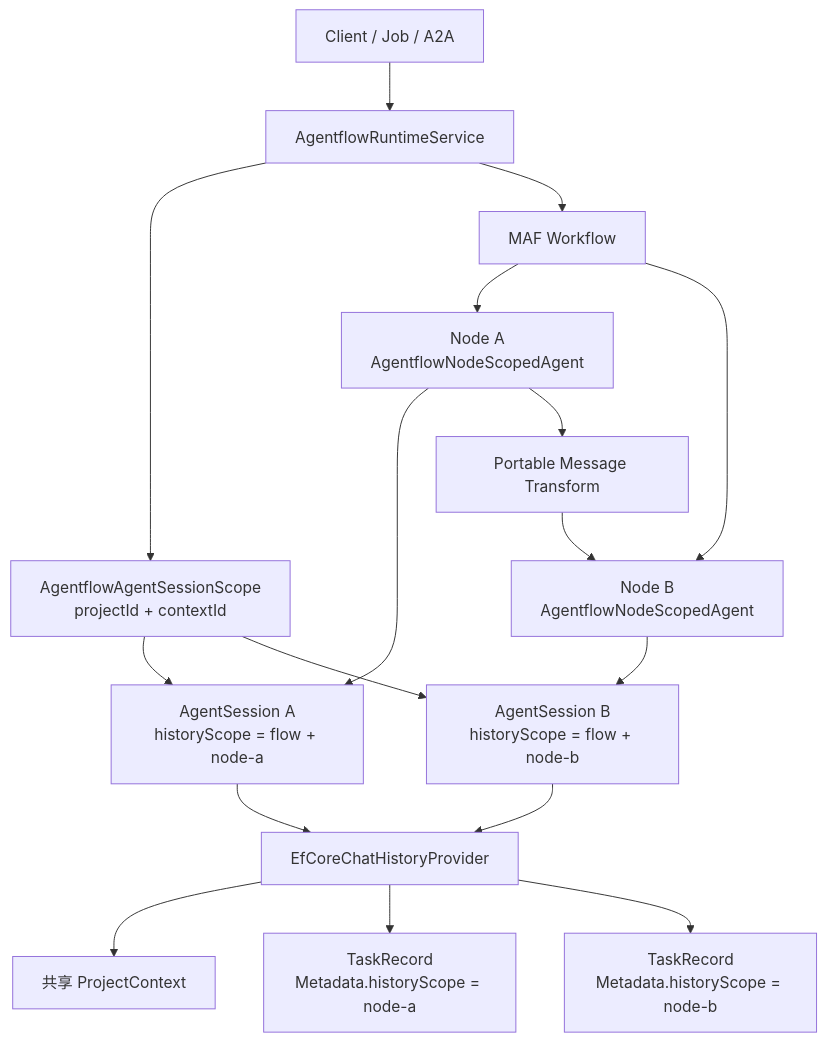
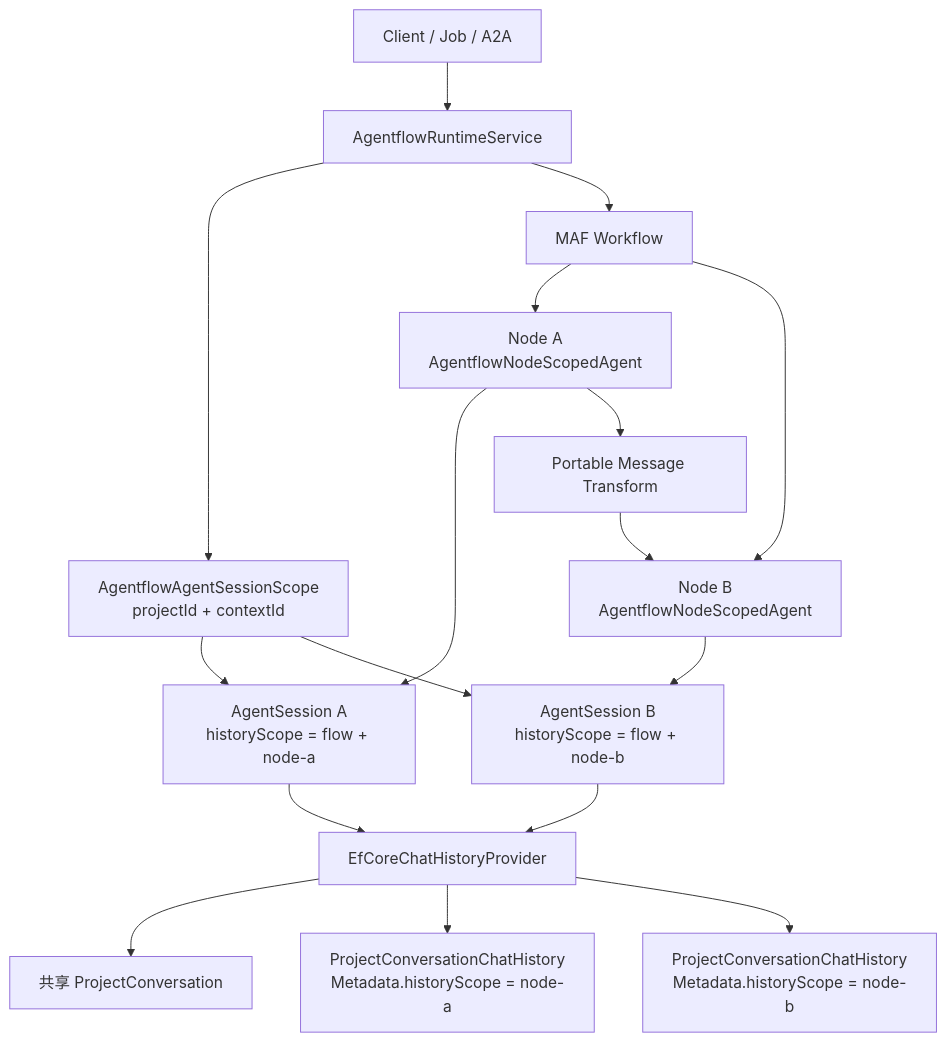
Before and after one commit to zxyao145/agw: the second of 5 diagrams in docs/proposals/2026-07-14-agentflow-workflow-context-isolation.md, drawn with Mermaid. The commit also changed other lines of this file and 9 other files, not shown here.

````diff
--- a/docs/proposals/2026-07-14-agentflow-workflow-context-isolation.md
+++ b/docs/proposals/2026-07-14-agentflow-workflow-context-isolation.md
@@ -120,23 +120,23 @@
 ```mermaid
 flowchart TB
     C["Client / Job / A2A"] --> R["AgentflowRuntimeService"]
     R --> S["AgentflowAgentSessionScope<br/>projectId + contextId"]
     R --> W["MAF Workflow"]
 
     W --> NA["Node A<br/>AgentflowNodeScopedAgent"]
     W --> NB["Node B<br/>AgentflowNodeScopedAgent"]
 
     S --> SA["AgentSession A<br/>historyScope = flow + node-a"]
     S --> SB["AgentSession B<br/>historyScope = flow + node-b"]
     NA --> SA
     NB --> SB
 
     NA --> X["Portable Message Transform"]
     X --> NB
 
     SA --> P["EfCoreChatHistoryProvider"]
     SB --> P
-    P --> PC["共享 ProjectContext"]
-    P --> TRA["TaskRecord<br/>Metadata.historyScope = node-a"]
-    P --> TRB["TaskRecord<br/>Metadata.historyScope = node-b"]
+    P --> PC["共享 ProjectConversation"]
+    P --> TRA["ProjectConversationChatHistory<br/>Metadata.historyScope = node-a"]
+    P --> TRB["ProjectConversationChatHistory<br/>Metadata.historyScope = node-b"]
 ```
````
